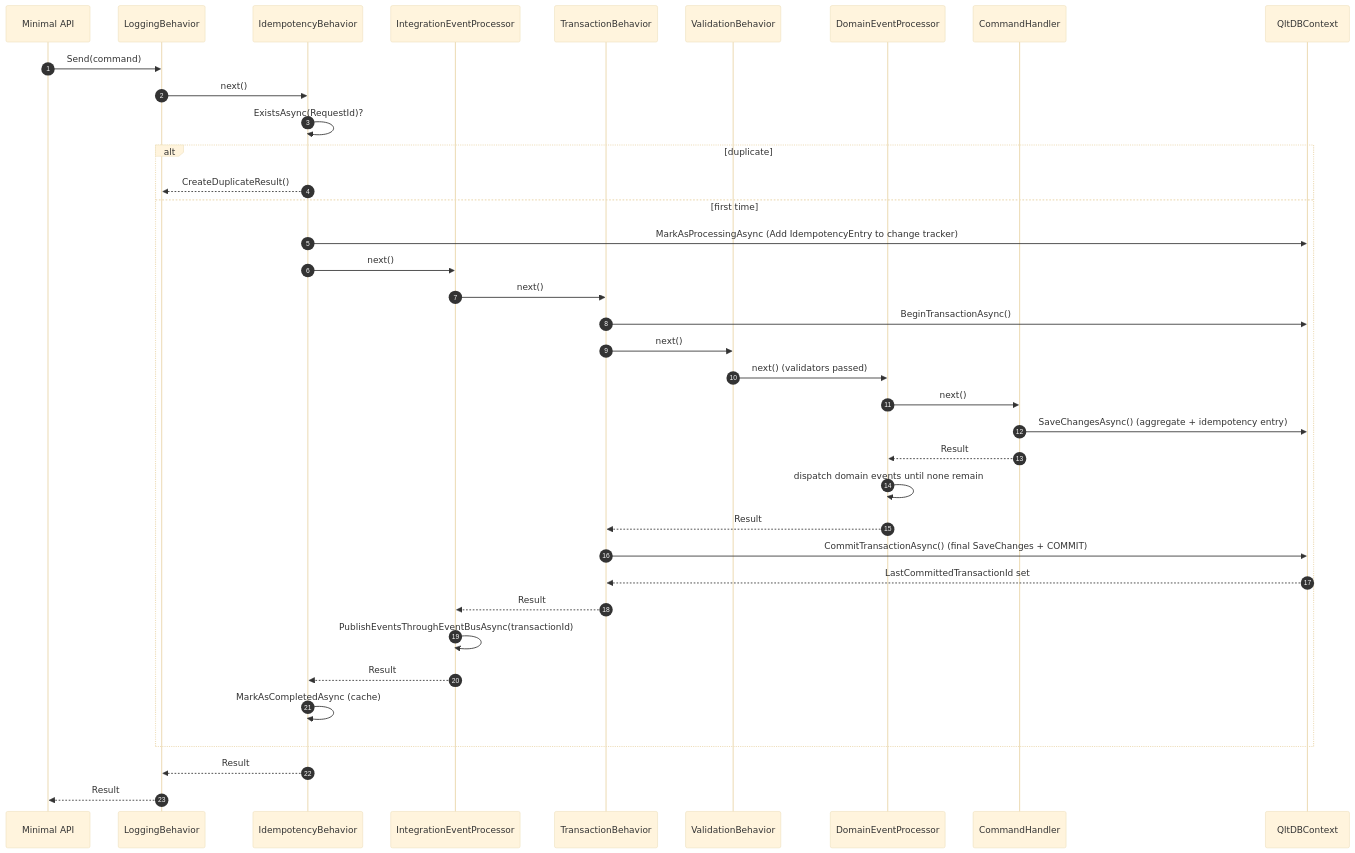
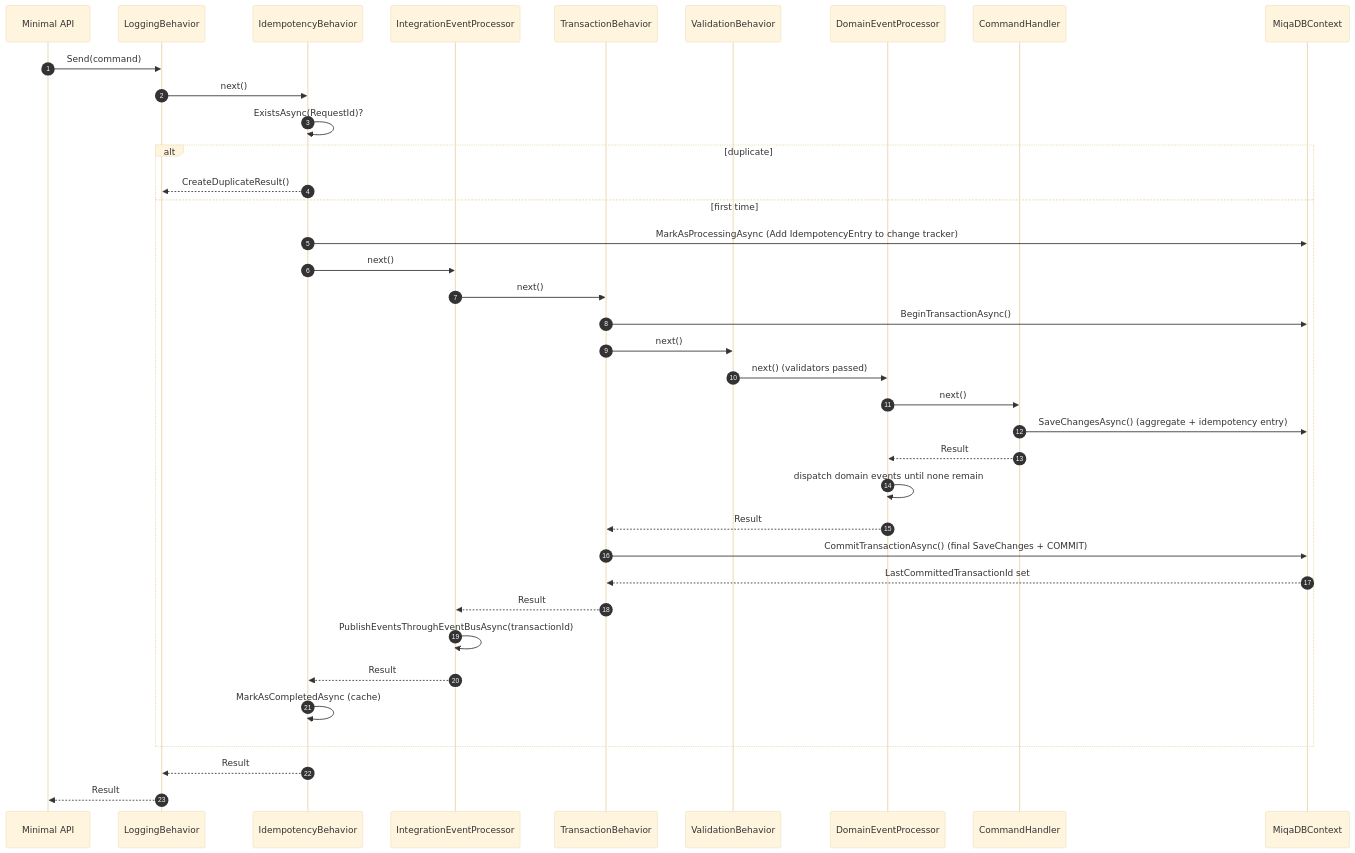
One commit to miquelalcaraz/Labs.ServicePlatform changed the second of 2 diagrams in docs/architecture/02-command-pipeline.md. Above: the diagram before and after it, drawn with Mermaid (base theme). The commit also changed other lines of this file and 1114 other files, not shown here.

Commit message:
refactor: rename namespaces from Qlt to Miqa

````diff
--- a/docs/architecture/02-command-pipeline.md
+++ b/docs/architecture/02-command-pipeline.md
@@ -167,40 +167,40 @@
 ```mermaid
 sequenceDiagram
     autonumber
     participant API as Minimal API
     participant LOG as LoggingBehavior
     participant IDM as IdempotencyBehavior
     participant IEP as IntegrationEventProcessor
     participant TX as TransactionBehavior
     participant VAL as ValidationBehavior
     participant DEP as DomainEventProcessor
     participant H as CommandHandler
-    participant DB as QltDBContext
+    participant DB as MiqaDBContext
 
     API->>LOG: Send(command)
     LOG->>IDM: next()
     IDM->>IDM: ExistsAsync(RequestId)?
     alt duplicate
         IDM-->>LOG: CreateDuplicateResult()
     else first time
         IDM->>DB: MarkAsProcessingAsync (Add IdempotencyEntry to change tracker)
         IDM->>IEP: next()
         IEP->>TX: next()
         TX->>DB: BeginTransactionAsync()
         TX->>VAL: next()
         VAL->>DEP: next() (validators passed)
         DEP->>H: next()
         H->>DB: SaveChangesAsync() (aggregate + idempotency entry)
         H-->>DEP: Result
         DEP->>DEP: dispatch domain events until none remain
         DEP-->>TX: Result
         TX->>DB: CommitTransactionAsync() (final SaveChanges + COMMIT)
         DB-->>TX: LastCommittedTransactionId set
         TX-->>IEP: Result
         IEP->>IEP: PublishEventsThroughEventBusAsync(transactionId)
         IEP-->>IDM: Result
         IDM->>IDM: MarkAsCompletedAsync (cache)
     end
     IDM-->>LOG: Result
     LOG-->>API: Result
 ```
````
